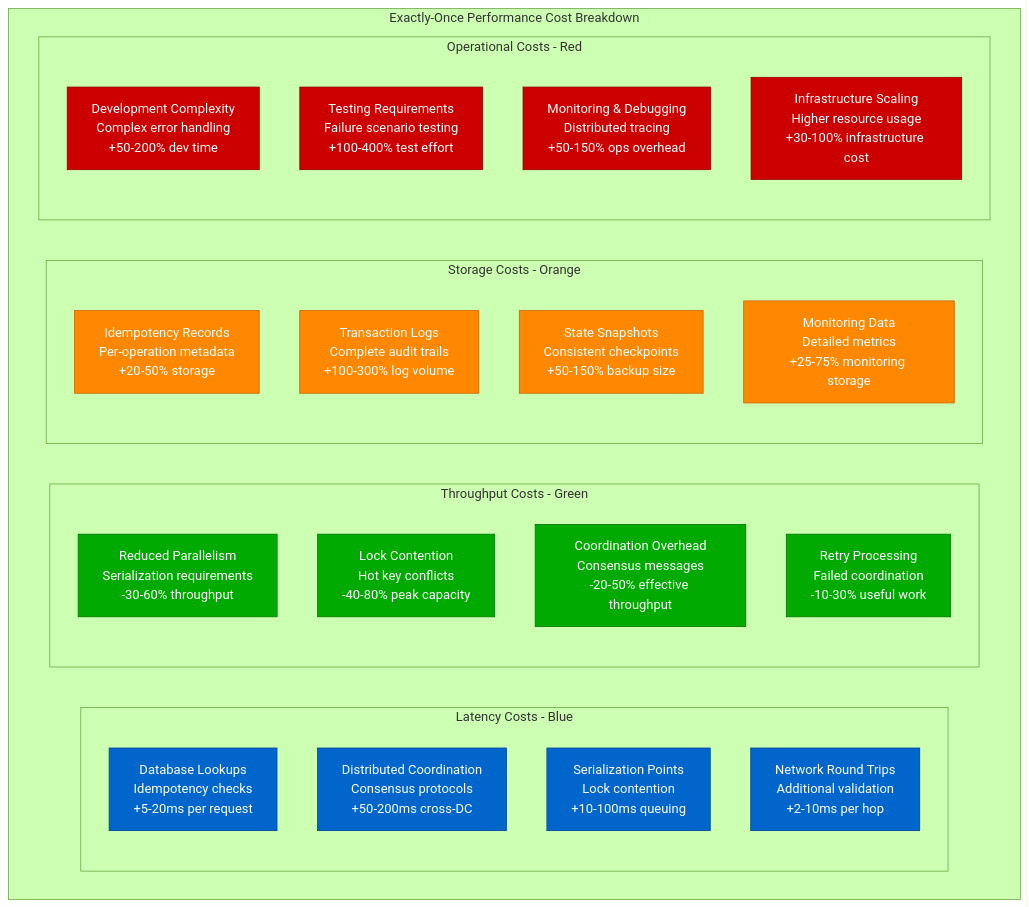
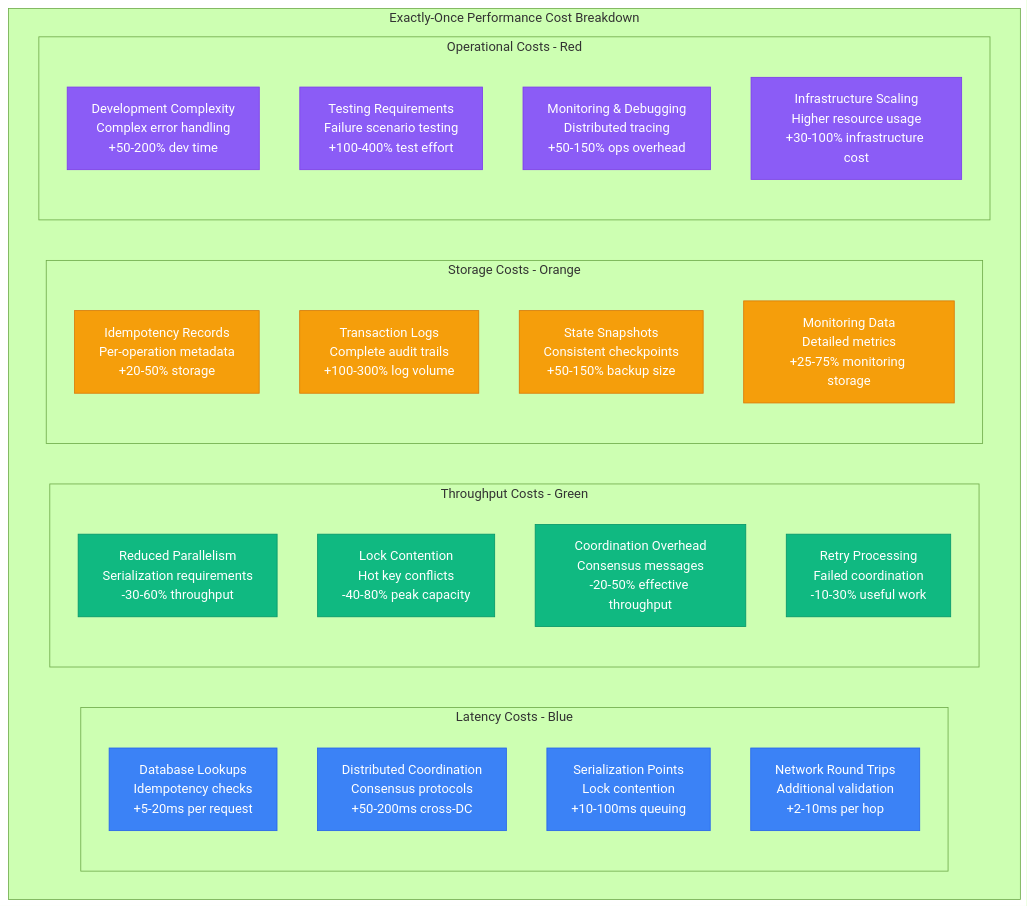
One commit to deepaucksharma/DS changed the first of 8 diagrams in site/docs/guarantees/exactly-once/exactly-once-cost.md. Above: the diagram before and after it, drawn with Mermaid (forest theme). The commit also changed 303 other files, not shown here.

````diff
--- a/site/docs/guarantees/exactly-once/exactly-once-cost.md
+++ b/site/docs/guarantees/exactly-once/exactly-once-cost.md
@@ -9,43 +9,43 @@
 ```mermaid
 graph TB
     subgraph PerformanceCostBreakdown[Exactly-Once Performance Cost Breakdown]
         subgraph LatencyCosts[Latency Costs - Blue]
             LC1[Database Lookups<br/>Idempotency checks<br/>+5-20ms per request]
             LC2[Distributed Coordination<br/>Consensus protocols<br/>+50-200ms cross-DC]
             LC3[Serialization Points<br/>Lock contention<br/>+10-100ms queuing]
             LC4[Network Round Trips<br/>Additional validation<br/>+2-10ms per hop]
         end
 
         subgraph ThroughputCosts[Throughput Costs - Green]
             TC1[Reduced Parallelism<br/>Serialization requirements<br/>-30-60% throughput]
             TC2[Lock Contention<br/>Hot key conflicts<br/>-40-80% peak capacity]
             TC3[Coordination Overhead<br/>Consensus messages<br/>-20-50% effective throughput]
             TC4[Retry Processing<br/>Failed coordination<br/>-10-30% useful work]
         end
 
         subgraph StorageCosts[Storage Costs - Orange]
             SC1[Idempotency Records<br/>Per-operation metadata<br/>+20-50% storage]
             SC2[Transaction Logs<br/>Complete audit trails<br/>+100-300% log volume]
             SC3[State Snapshots<br/>Consistent checkpoints<br/>+50-150% backup size]
             SC4[Monitoring Data<br/>Detailed metrics<br/>+25-75% monitoring storage]
         end
 
         subgraph OperationalCosts[Operational Costs - Red]
             OC1[Development Complexity<br/>Complex error handling<br/>+50-200% dev time]
             OC2[Testing Requirements<br/>Failure scenario testing<br/>+100-400% test effort]
             OC3[Monitoring & Debugging<br/>Distributed tracing<br/>+50-150% ops overhead]
             OC4[Infrastructure Scaling<br/>Higher resource usage<br/>+30-100% infrastructure cost]
         end
     end
 
     %% Apply 4-plane colors
-    classDef latencyStyle fill:#0066CC,stroke:#004499,color:#fff
-    classDef throughputStyle fill:#00AA00,stroke:#007700,color:#fff
-    classDef storageStyle fill:#FF8800,stroke:#CC6600,color:#fff
-    classDef operationalStyle fill:#CC0000,stroke:#990000,color:#fff
+    classDef latencyStyle fill:#3B82F6,stroke:#2563EB,color:#fff
+    classDef throughputStyle fill:#10B981,stroke:#059669,color:#fff
+    classDef storageStyle fill:#F59E0B,stroke:#D97706,color:#fff
+    classDef operationalStyle fill:#8B5CF6,stroke:#7C3AED,color:#fff
 
     class LC1,LC2,LC3,LC4 latencyStyle
     class TC1,TC2,TC3,TC4 throughputStyle
     class SC1,SC2,SC3,SC4 storageStyle
     class OC1,OC2,OC3,OC4 operationalStyle
 ```
````
